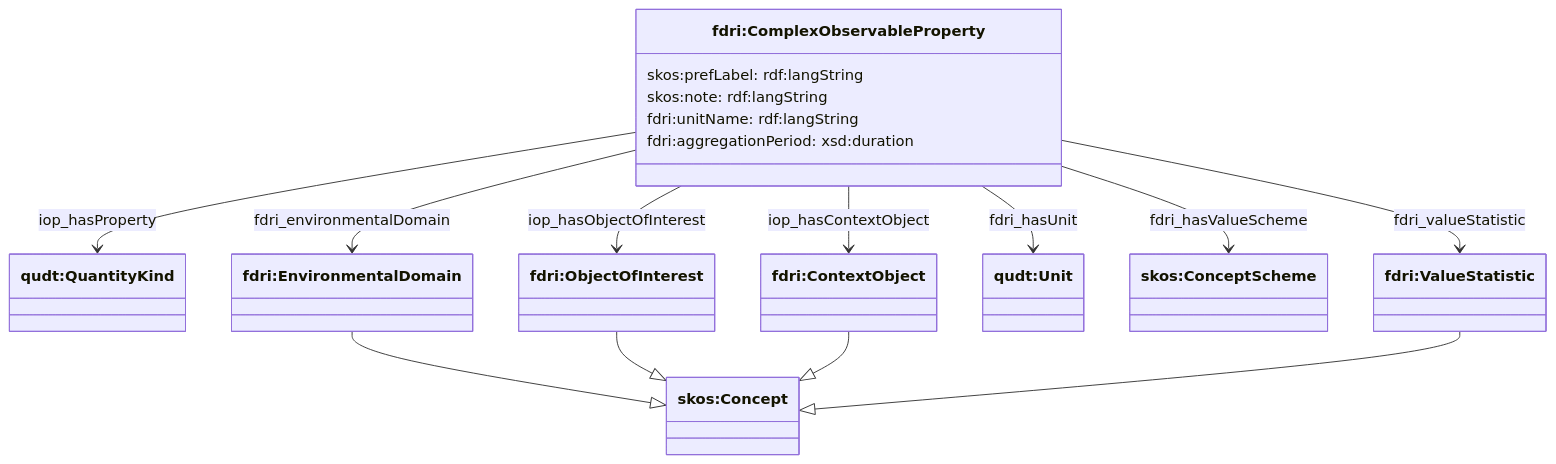
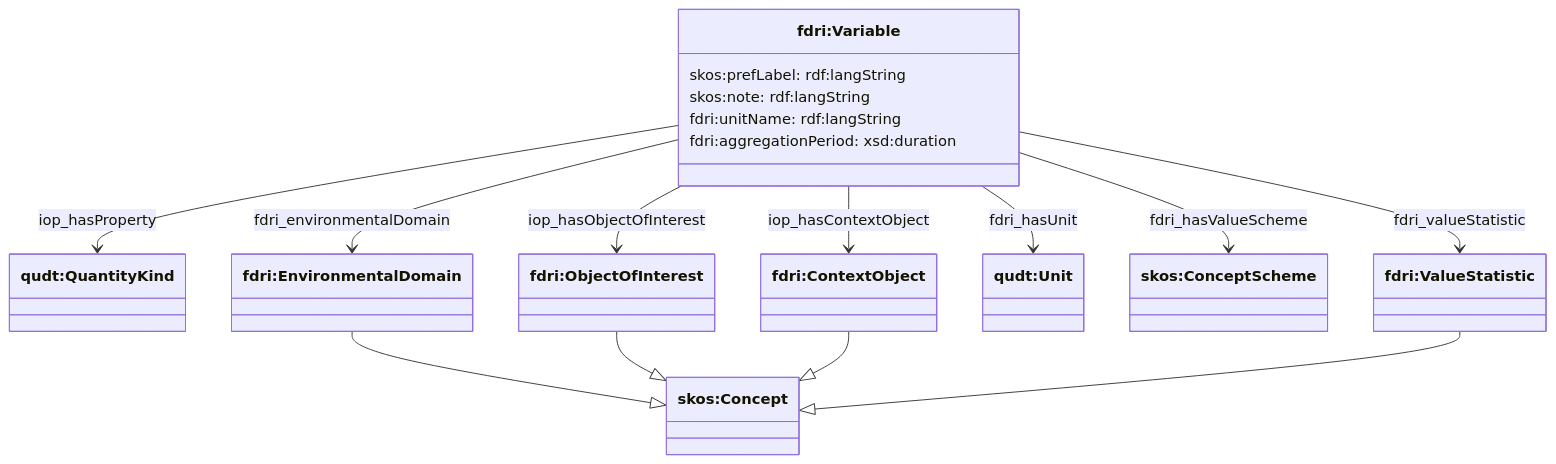
The third of 3 diagrams in ontology/doc/observations-observable-properties.md (NERC-CEH/fdri-ontology), drawn with Mermaid before and after one commit. The commit also changed other lines of this file and 8 other files, not shown here.

Commit message:
Rename ComplexObservableProperty => Variable in docs

````diff
--- a/ontology/doc/observations-observable-properties.md
+++ b/ontology/doc/observations-observable-properties.md
@@ -97,28 +97,28 @@
 ```mermaid
 classDiagram
-  class COP["fdri:ComplexObservableProperty"] {
+  class COP["fdri:Variable"] {
     skos:prefLabel: rdf:langString
     skos:note: rdf:langString
     fdri:unitName: rdf:langString
     fdri:aggregationPeriod: xsd:duration
   }
   class QuantityKind["qudt:QuantityKind"]
   class EnvironmentalDomain["fdri:EnvironmentalDomain"]
   class ObjectOfInterest["fdri:ObjectOfInterest"]
   class ContextObject["fdri:ContextObject"]
   class Unit["qudt:Unit"]
   class Concept["skos:Concept"]
   class ConceptScheme["skos:ConceptScheme"]
   class ValueStatistic["fdri:ValueStatistic"]
   COP --> QuantityKind: iop_hasProperty
   COP --> ObjectOfInterest: iop_hasObjectOfInterest
   COP --> ContextObject: iop_hasContextObject
   COP --> EnvironmentalDomain: fdri_environmentalDomain
   COP --> Unit: fdri_hasUnit
   COP --> ConceptScheme: fdri_hasValueScheme
   COP --> ValueStatistic: fdri_valueStatistic
   EnvironmentalDomain --|> Concept
   ObjectOfInterest --|> Concept
   ContextObject --|> Concept
   ValueStatistic --|> Concept
 ```
````
